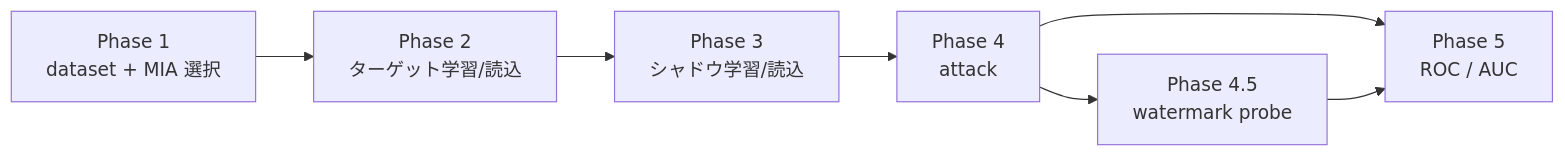
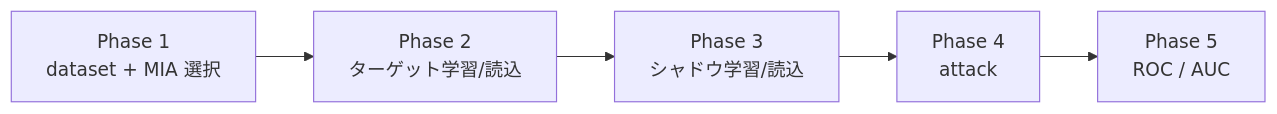
The third of 13 diagrams in worker/docs/SPECIFICATION.md (GoldenPoisonedApple/MIAOS), drawn with Mermaid before and after one commit. The commit also changed other lines of this file and 12 other files, not shown here.

````diff
--- a/worker/docs/SPECIFICATION.md
+++ b/worker/docs/SPECIFICATION.md
@@ -77,14 +77,10 @@
 ```mermaid
 flowchart LR
     P1["Phase 1<br/>dataset + MIA 選択"]
     P2["Phase 2<br/>ターゲット学習/読込"]
     P3["Phase 3<br/>シャドウ学習/読込"]
     P4["Phase 4<br/>attack"]
-    P45["Phase 4.5<br/>watermark probe"]
     P5["Phase 5<br/>ROC / AUC"]
 
-    P1 --> P2 --> P3 --> P4
-    P4 --> P45
-    P4 --> P5
-    P45 --> P5
+    P1 --> P2 --> P3 --> P4 --> P5
 ```
````
